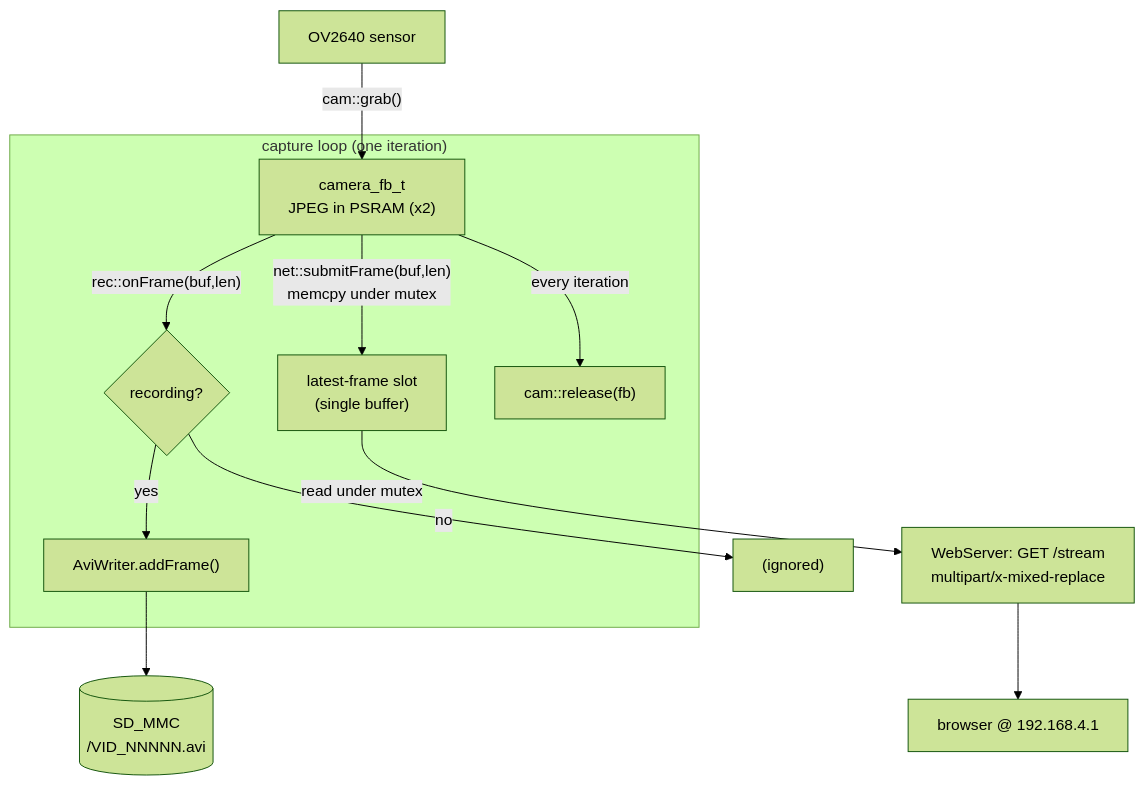
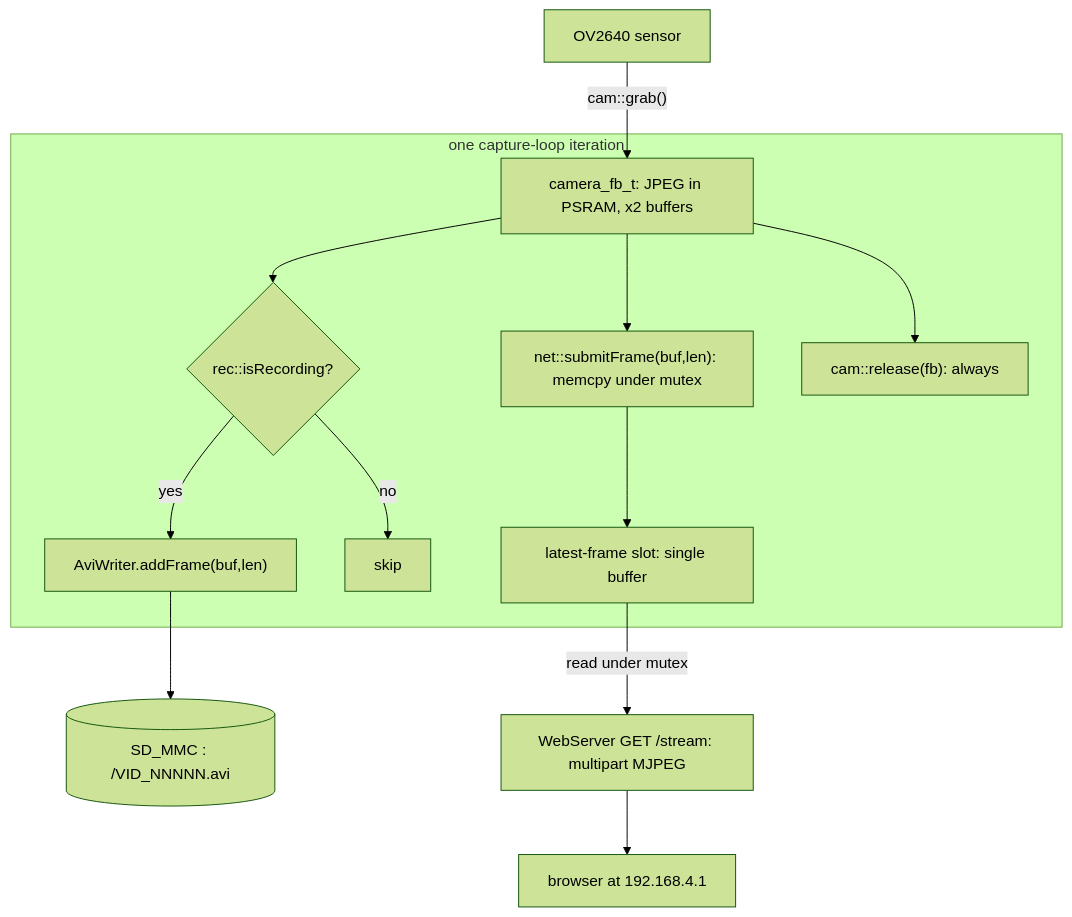
One commit to Entity014/EYES_Perception changed the diagram in docs/superpowers/specs/2026-09-08-xiao-cam-stream-record-design.md. Above: the diagram before and after it, drawn with Mermaid (forest theme). The commit also changed other lines of this file, not shown here.

Commit message:
Simplify Data Flow mermaid diagram, drop duplicated paragraph

````diff
--- a/docs/superpowers/specs/2026-09-08-xiao-cam-stream-record-design.md
+++ b/docs/superpowers/specs/2026-09-08-xiao-cam-stream-record-design.md
@@ -255,23 +255,17 @@
 ```mermaid
 flowchart TD
-    CAM["OV2640 sensor"] -->|"cam::grab()"| FB["camera_fb_t<br/>JPEG in PSRAM (x2)"]
+    CAM["OV2640 sensor"] -->|"cam::grab()"| FB["camera_fb_t: JPEG in PSRAM, x2 buffers"]
 
-    FB -->|"rec::onFrame(buf,len)"| REC{"recording?"}
-    REC -->|yes| AVI["AviWriter.addFrame()"]
-    REC -->|no| DROP1["(ignored)"]
-    AVI --> SD[("SD_MMC<br/>/VID_NNNNN.avi")]
+    subgraph LOOP ["one capture-loop iteration"]
+        FB --> REC{"rec::isRecording?"}
+        REC -->|yes| ADD["AviWriter.addFrame(buf,len)"]
+        REC -->|no| SKIP["skip"]
+        FB --> SUB["net::submitFrame(buf,len): memcpy under mutex"]
+        SUB --> SLOT["latest-frame slot: single buffer"]
+        FB --> REL["cam::release(fb): always"]
+    end
 
-    FB -->|"net::submitFrame(buf,len)<br/>memcpy under mutex"| SLOT["latest-frame slot<br/>(single buffer)"]
-    SLOT -->|"read under mutex"| STREAM["WebServer: GET /stream<br/>multipart/x-mixed-replace"]
-    STREAM --> CLIENT["browser @ 192.168.4.1"]
-
-    FB -->|"every iteration"| REL["cam::release(fb)"]
-
-    subgraph loop["capture loop (one iteration)"]
-        FB
-        REC
-        AVI
-        SLOT
-        REL
-    end
+    ADD --> SDCARD[("SD_MMC : /VID_NNNNN.avi")]
+    SLOT -->|"read under mutex"| STREAM["WebServer GET /stream: multipart MJPEG"]
+    STREAM --> CLIENT["browser at 192.168.4.1"]
 ```
````
